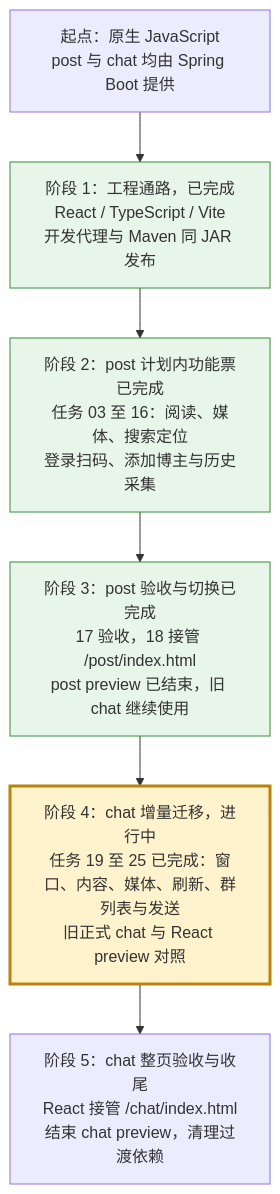
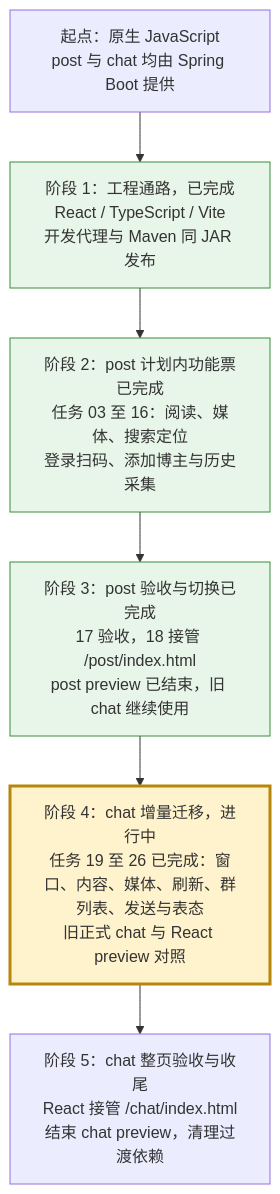
One commit to findxyz/vb-weibo-plus changed the diagram in .scratch/react-migration/PLAN.md. Above: the diagram before and after it, drawn with Mermaid. The commit also changed other lines of this file and 8 other files, not shown here.

````diff
--- a/.scratch/react-migration/PLAN.md
+++ b/.scratch/react-migration/PLAN.md
@@ -17,14 +17,14 @@
 ```mermaid
 flowchart TD
     A["起点：原生 JavaScript<br/>post 与 chat 均由 Spring Boot 提供"]
     B["阶段 1：工程通路，已完成<br/>React / TypeScript / Vite<br/>开发代理与 Maven 同 JAR 发布"]
     C["阶段 2：post 计划内功能票已完成<br/>任务 03 至 16：阅读、媒体、搜索定位<br/>登录扫码、添加博主与历史采集"]
     D["阶段 3：post 验收与切换已完成<br/>17 验收，18 接管 /post/index.html<br/>post preview 已结束，旧 chat 继续使用"]
-    E["阶段 4：chat 增量迁移，进行中<br/>任务 19 至 25 已完成：窗口、内容、媒体、刷新、群列表与发送<br/>旧正式 chat 与 React preview 对照"]
+    E["阶段 4：chat 增量迁移，进行中<br/>任务 19 至 26 已完成：窗口、内容、媒体、刷新、群列表、发送与表态<br/>旧正式 chat 与 React preview 对照"]
     F["阶段 5：chat 整页验收与收尾<br/>React 接管 /chat/index.html<br/>结束 chat preview，清理过渡依赖"]
     A --> B --> C --> D --> E --> F
     classDef complete fill:#e8f5e9,stroke:#388e3c
     classDef current fill:#fff3cd,stroke:#b8860b,stroke-width:3px
     class B,C,D complete
     class E current
 ```
````
